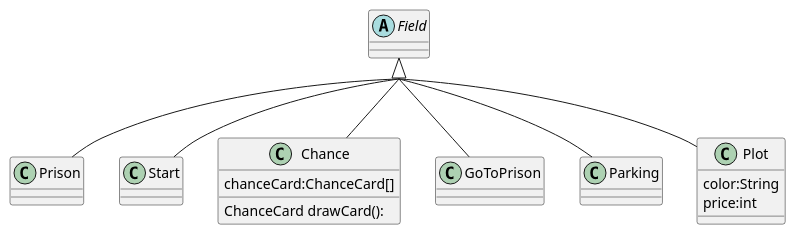
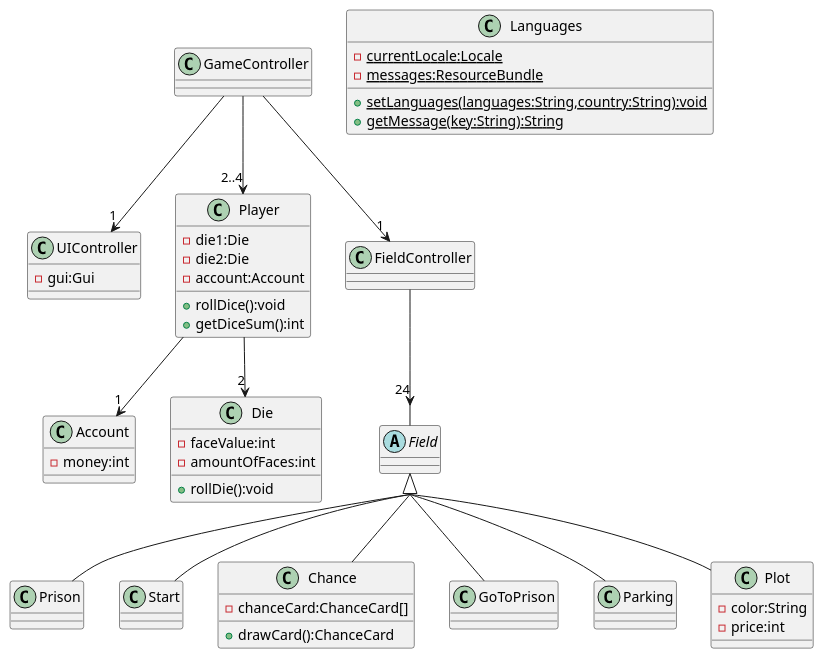
Before and after one commit to DTUgruppe15/15_del3: the diagram in src/UML/CDIO3ClassDiagram.puml, drawn with PlantUML. The commit also changed 5 other files, not shown here.

Commit message:
Created diagrams

```diff
--- a/src/UML/CDIO3ClassDiagram.puml
+++ b/src/UML/CDIO3ClassDiagram.puml
@@ -1,27 +1,63 @@
 @startuml
 'https://plantuml.com/class-diagram
 skinparam groupInheritance 2
 
 abstract class Field
 class Prison
 class Start
 class Chance{
-    chanceCard:ChanceCard[]
-    ChanceCard drawCard():
+    -chanceCard:ChanceCard[]
+    +drawCard():ChanceCard
 }
 class GoToPrison
 class Parking
 class Plot{
-    color:String
-    price:int
+    -color:String
+    -price:int
 }
 
 Field <|-- Prison
 Field <|-- Start
 Field <|-- Chance
 Field <|-- GoToPrison
 Field <|-- Parking
 Field <|-- Plot
 
+class UIController{
+    -gui:Gui
+}
+class Player{
+    -die1:Die
+    -die2:Die
+    -account:Account
+    +rollDice():void
+    +getDiceSum():int
+}
+class Account{
+    -money:int
+}
+class Die{
+    -faceValue:int
+    -amountOfFaces:int
+    +rollDie():void
+}
+class FieldController
+class GameController
+
+Player -->"2" Die
+Player -->"1" Account
+GameController -->"2..4" Player
+GameController -->"1" FieldController
+FieldController -->"24" Field
+GameController -->"1" UIController
+
+class Languages{
+    {static}-currentLocale:Locale
+    {static}-messages:ResourceBundle
+    {static}+setLanguages(languages:String,country:String):void
+    {static}+getMessage(key:String):String
+}
+
+
 
 @enduml
```
